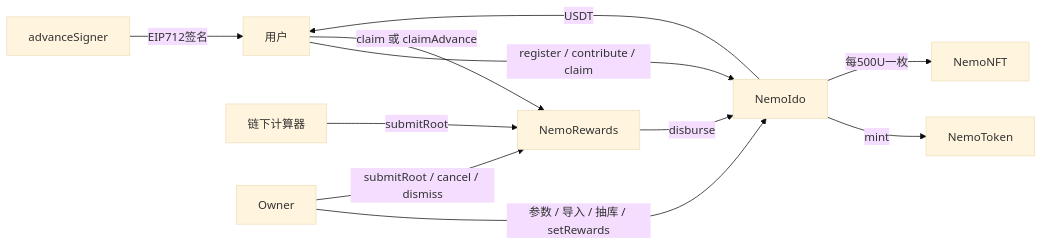
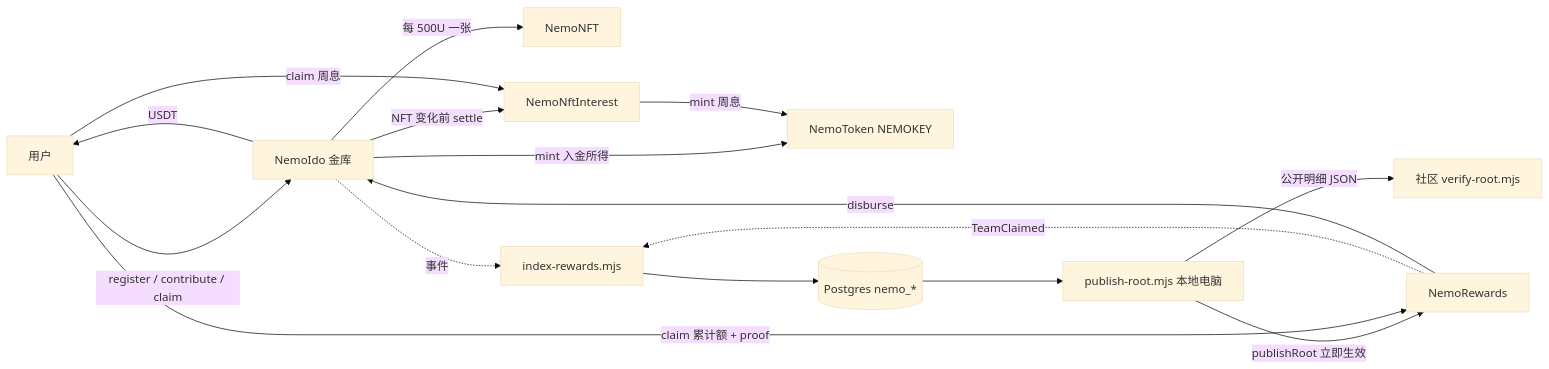
Before and after one commit to freedaocrypto/nemoido: the first of 2 diagrams in FUNCTIONAL-REPORT.md, drawn with Mermaid (base theme). The commit also changed other lines of this file and 44 other files, not shown here.

First line of the commit message:
Replace reward advances with a Postgres index and NFT weekly interest.

````diff
--- a/FUNCTIONAL-REPORT.md
+++ b/FUNCTIONAL-REPORT.md
@@ -14,13 +18,18 @@
 ```mermaid
 flowchart LR
-  User[用户] -->|register / contribute / claim| Vault[NemoIdo]
-  Vault -->|mint| Token[NemoToken]
-  Vault -->|每500U一枚| NFT[NemoNFT]
-  Calc[链下计算器] -->|submitRoot| Rewards[NemoRewards]
-  Signer[advanceSigner] -->|EIP712签名| User
-  User -->|claim 或 claimAdvance| Rewards
+  User[用户] -->|register / contribute / claim| Vault[NemoIdo 金库]
+  Vault -->|mint 入金所得| Token[NemoToken NEMOKEY]
+  Vault -->|每 500U 一张| NFT[NemoNFT]
+  Vault -->|NFT 变化前 settle| Interest[NemoNftInterest]
+  User -->|claim 周息| Interest
+  Interest -->|mint 周息| Token
+  Vault -.事件.-> Indexer[index-rewards.mjs]
+  Rewards -.TeamClaimed.-> Indexer
+  Indexer --> DB[(Postgres nemo_*)]
+  DB --> Publisher[publish-root.mjs 本地电脑]
+  Publisher -->|publishRoot 立即生效| Rewards[NemoRewards]
+  Publisher -->|公开明细 JSON| Public[社区 verify-root.mjs]
+  User -->|claim 累计额 + proof| Rewards
   Rewards -->|disburse| Vault
   Vault -->|USDT| User
-  Owner[Owner] -->|参数 / 导入 / 抽库 / setRewards| Vault
-  Owner -->|submitRoot / cancel / dismiss| Rewards
 ```
````
